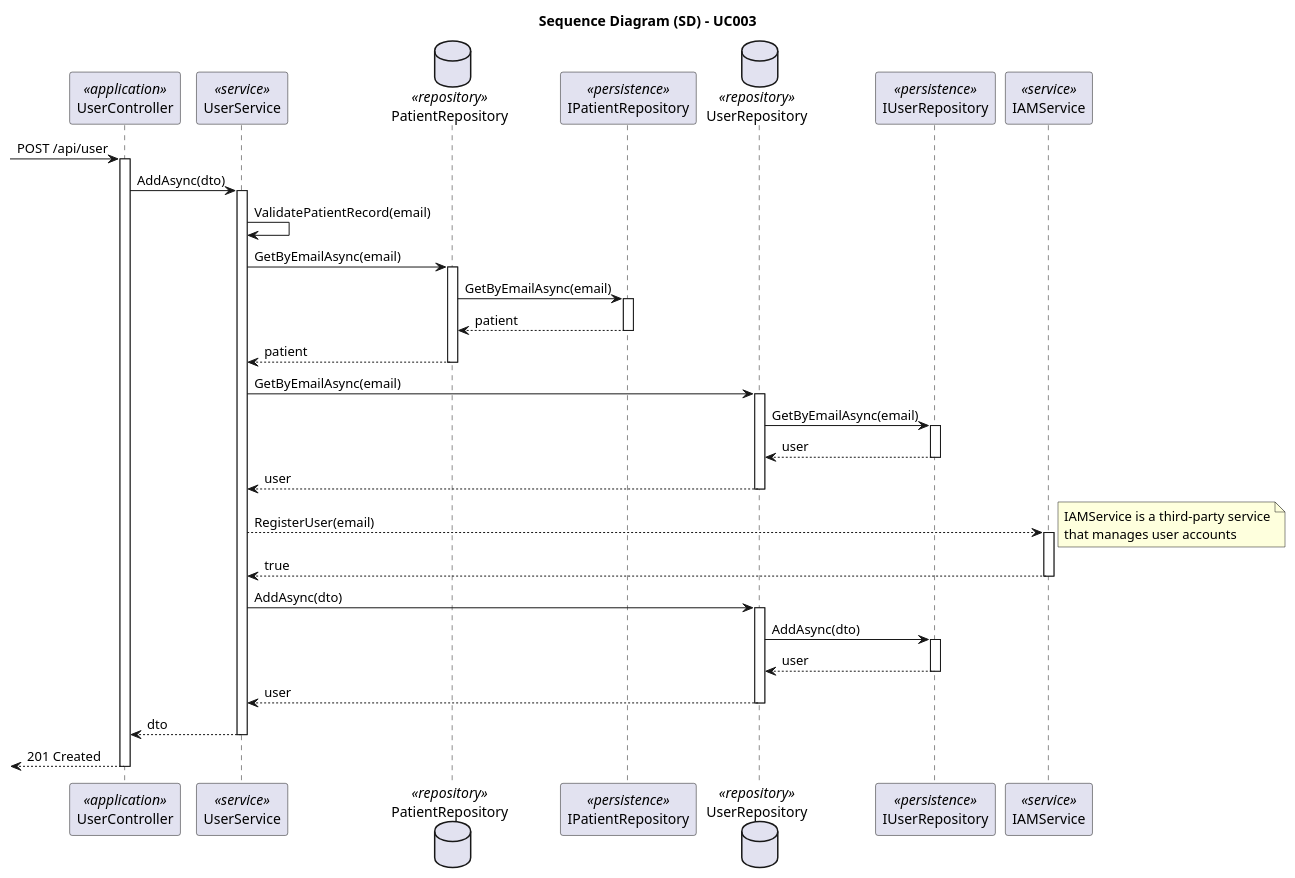
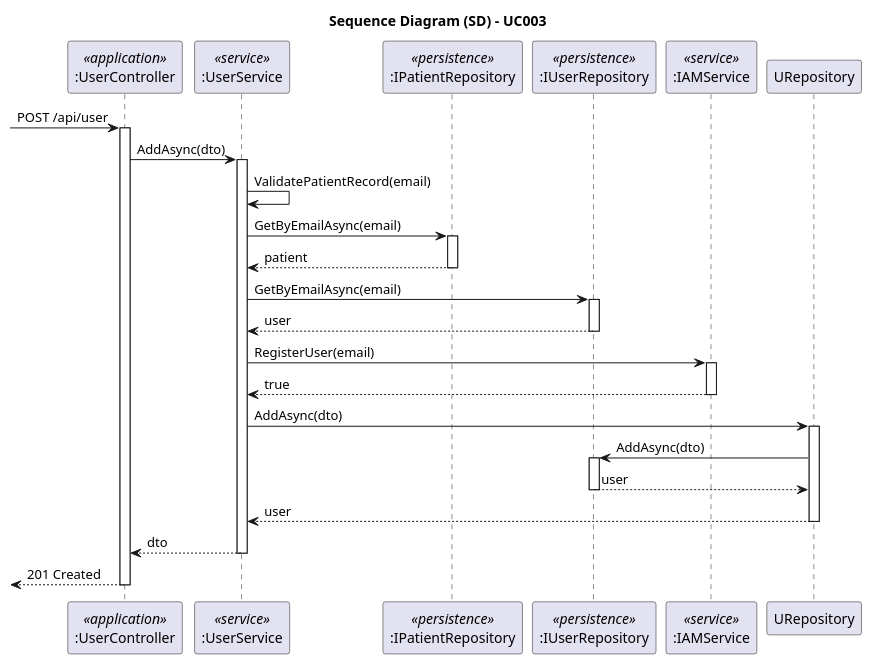
One commit to 1221124/sem5pi-24-25-g031 changed the diagram in docs/SprintA/UseCases/UC003/03.design/puml/uc003-sequence-diagram.puml. Above: the diagram before and after it, drawn with PlantUML.

Commit message:
#5 UC003: Design - Update SD

```diff
--- a/docs/SprintA/UseCases/UC003/03.design/puml/uc003-sequence-diagram.puml
+++ b/docs/SprintA/UseCases/UC003/03.design/puml/uc003-sequence-diagram.puml
@@ -1,95 +1,75 @@
 @startuml uc003-sequence-diagram
 
 skinparam packageStyle rectangle
 skinparam shadowing false
 skinparam linetype polyline
 
 skinparam classAttributeIconSize 0
 
 title Sequence Diagram (SD) - UC003
 
-participant UserController as Controller <<application>>
-participant UserService as Service <<service>>
-database PatientRepository as PRepository <<repository>>
-participant IPatientRepository as IPRepo <<persistence>>
-database UserRepository as URepository <<repository>>
-participant IUserRepository as IURepo <<persistence>>
-participant IAMService as IAMService <<service>>
+participant ":UserController" as Controller <<application>>
+participant ":UserService" as Service <<service>>
+participant ":IPatientRepository" as IPRepo <<persistence>>
+participant ":IUserRepository" as IURepo <<persistence>>
+participant ":IAMService" as IAMService <<service>>
 
 -> Controller: POST /api/user
 
 activate Controller
 
     Controller -> Service: AddAsync(dto)
 
     activate Service
 
         Service -> Service: ValidatePatientRecord(email)
 
-        Service -> PRepository: GetByEmailAsync(email)
+        Service -> IPRepo: GetByEmailAsync(email)
 
-        activate PRepository
+        activate IPRepo
 
-            PRepository -> IPRepo: GetByEmailAsync(email)
+            IPRepo --> Service: patient
 
-            activate IPRepo
+        deactivate IPRepo
 
-                IPRepo --> PRepository: patient
+        Service -> IURepo: GetByEmailAsync(email)
+        
+        activate IURepo
 
-            deactivate IPRepo
+            IURepo --> Service: user
 
-            PRepository --> Service: patient
+        deactivate IURepo
 
-        deactivate PRepository
-
-        Service -> URepository: GetByEmailAsync(email)
-        
-        activate URepository
-
-            URepository -> IURepo: GetByEmailAsync(email)
-
-            activate IURepo
-
-                IURepo --> URepository: user
-
-            deactivate IURepo
-
-            URepository --> Service: user
-
-        deactivate URepository
-
-        Service --> IAMService: RegisterUser(email)
-
-        note right: IAMService is a third-party service\nthat manages user accounts
+        Service -> IAMService: RegisterUser(email)
 
         activate IAMService
 
             IAMService --> Service: true
 
         deactivate IAMService
 
         Service -> URepository: AddAsync(dto)
 
         activate URepository
 
             URepository -> IURepo: AddAsync(dto)
 
             activate IURepo
 
                 IURepo --> URepository: user
 
             deactivate IURepo
 
             URepository --> Service: user
 
         deactivate URepository
 
         Service --> Controller: dto
 
     deactivate Service
 
     <-- Controller: 201 Created
 
 deactivate Controller
 
 @enduml
```
